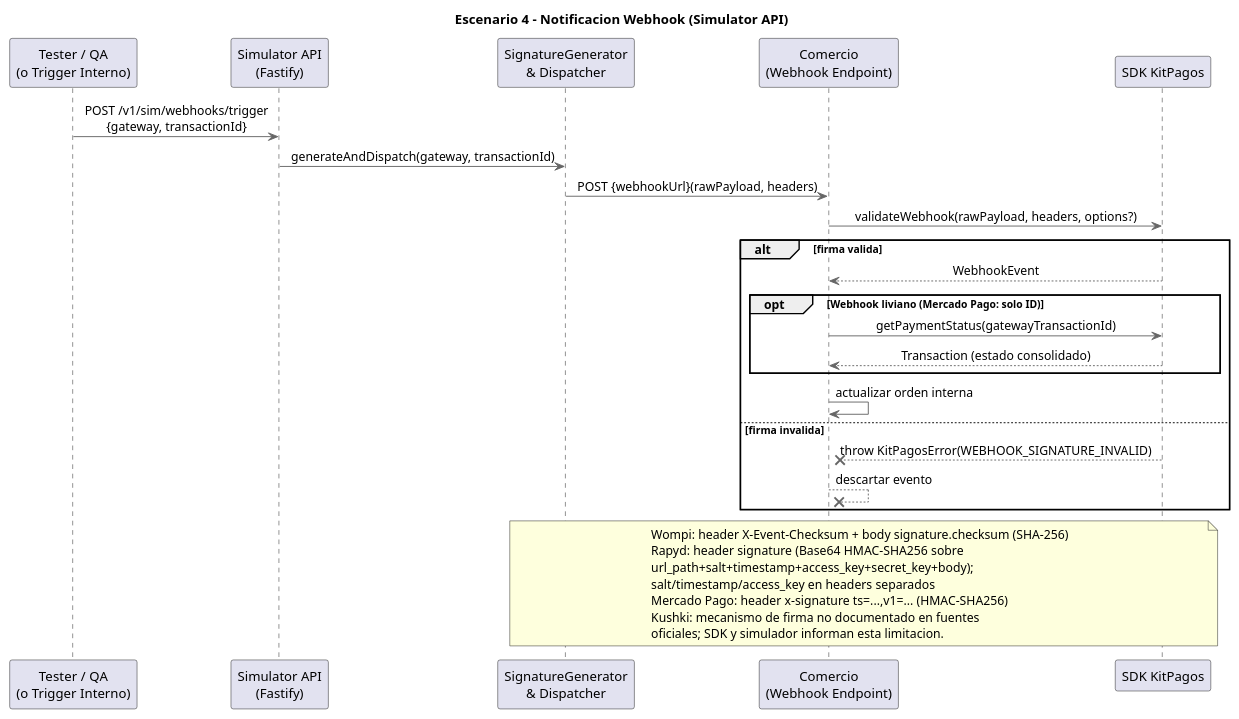
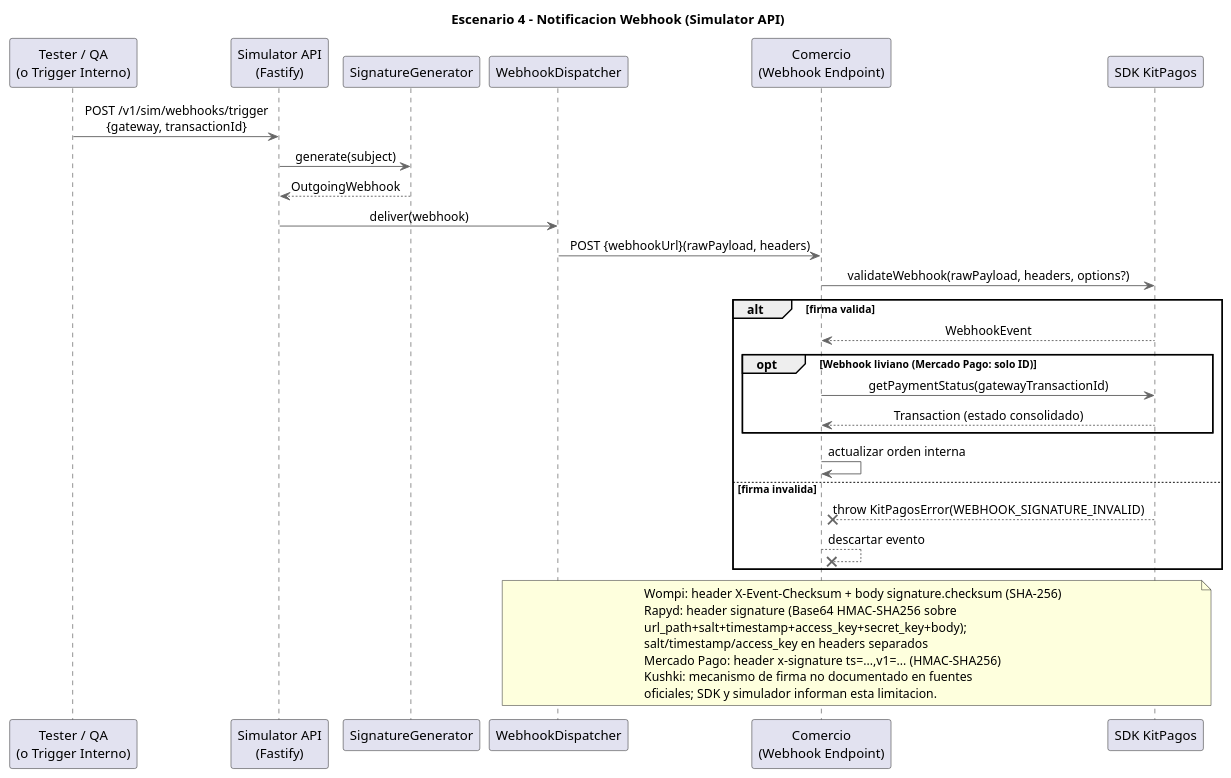
One commit to PurosBrothers/Kit-Pagos-Colombia---Tesis changed the diagram in docs/architecture/Simulador API/diagrams-source/sequence-webhook-notification.puml. Above: the diagram before and after it, drawn with PlantUML. The commit also changed 10 other files, not shown here.

First line of the commit message:
docs(docs): update architecture diagrams and rendered images

```diff
--- a/docs/architecture/Simulador API/diagrams-source/sequence-webhook-notification.puml
+++ b/docs/architecture/Simulador API/diagrams-source/sequence-webhook-notification.puml
@@ -1,42 +1,45 @@
 @startuml Sequence Diagram - Webhook Notification
 title Escenario 4 - Notificacion Webhook (Simulator API)
 skinparam backgroundColor white
 skinparam sequenceMessageAlign center
 skinparam ArrowColor #666666
 skinparam LifeLineBorderColor #666666
 
 participant "Tester / QA\n(o Trigger Interno)" as Tester
 participant "Simulator API\n(Fastify)" as SimAPI
-participant "SignatureGenerator\n& Dispatcher" as Dispatcher
+participant "SignatureGenerator" as Generator
+participant "WebhookDispatcher" as Dispatcher
 participant "Comercio\n(Webhook Endpoint)" as Comercio
 participant "SDK KitPagos" as SDK
 
 Tester -> SimAPI : POST /v1/sim/webhooks/trigger\n{gateway, transactionId}
-SimAPI -> Dispatcher : generateAndDispatch(gateway, transactionId)
+SimAPI -> Generator : generate(subject)
+Generator --> SimAPI : OutgoingWebhook
+SimAPI -> Dispatcher : deliver(webhook)
 Dispatcher -> Comercio : POST {webhookUrl}(rawPayload, headers)
 
 Comercio -> SDK : validateWebhook(rawPayload, headers, options?)
 
 alt firma valida
   SDK --> Comercio : WebhookEvent
   opt Webhook liviano (Mercado Pago: solo ID)
     Comercio -> SDK : getPaymentStatus(gatewayTransactionId)
     SDK --> Comercio : Transaction (estado consolidado)
   end
   Comercio -> Comercio : actualizar orden interna
 else firma invalida
   SDK -->x Comercio : throw KitPagosError(WEBHOOK_SIGNATURE_INVALID)
   Comercio -->x Comercio : descartar evento
 end
 
 note over Dispatcher, SDK
   Wompi: header X-Event-Checksum + body signature.checksum (SHA-256)
   Rapyd: header signature (Base64 HMAC-SHA256 sobre
   url_path+salt+timestamp+access_key+secret_key+body);
   salt/timestamp/access_key en headers separados
   Mercado Pago: header x-signature ts=...,v1=... (HMAC-SHA256)
   Kushki: mecanismo de firma no documentado en fuentes
   oficiales; SDK y simulador informan esta limitacion.
 end note
 
 @enduml
```
